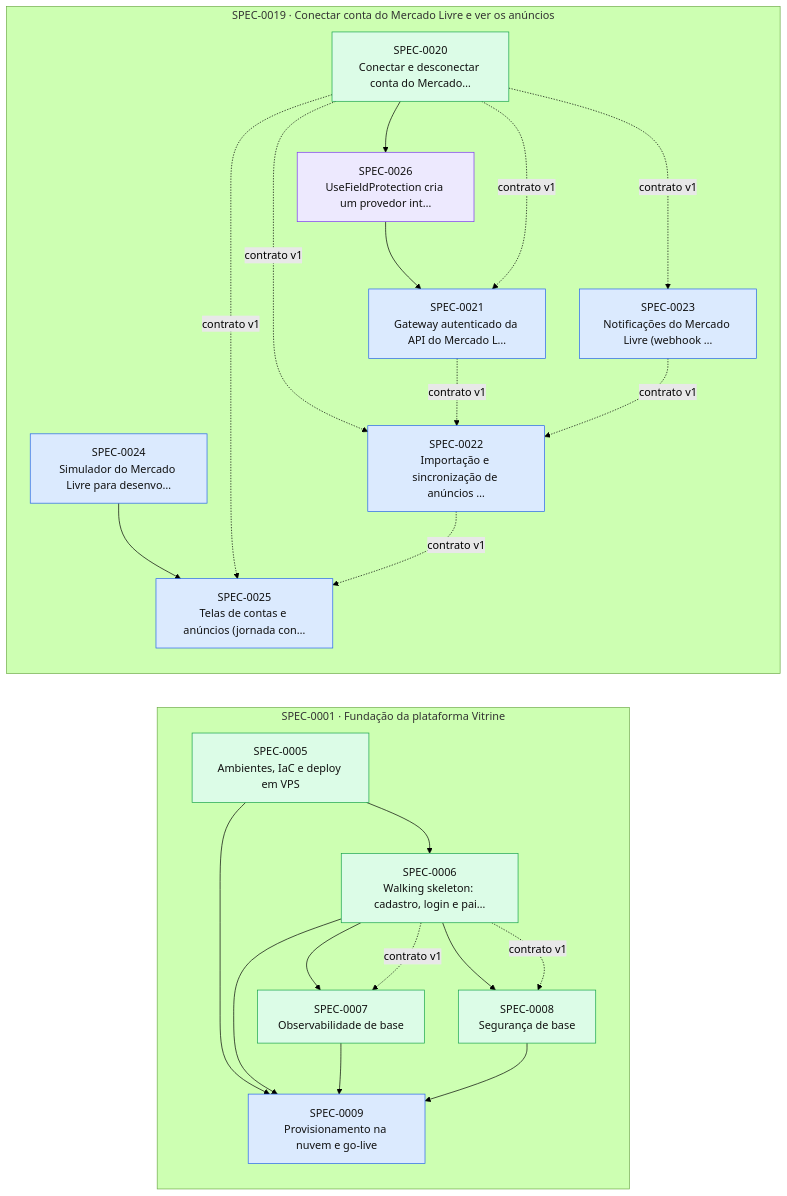
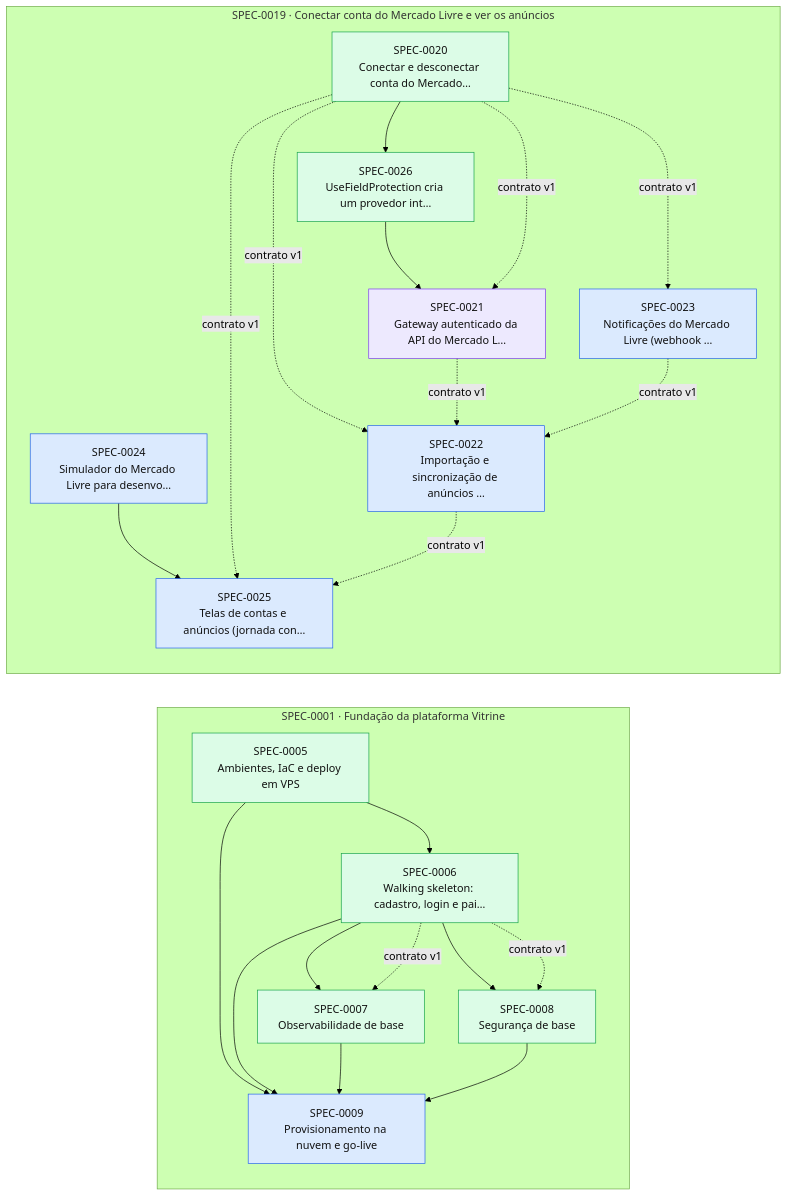
One commit to thomasravache/vitrine changed the diagram in docs/specs/INDEX.md. Above: the diagram before and after it, drawn with Mermaid (forest theme). The commit also changed other lines of this file and 2 other files, not shown here.

First line of the commit message:
docs(specs): SPEC-0026 implementada; despacha a SPEC-0021

````diff
--- a/docs/specs/INDEX.md
+++ b/docs/specs/INDEX.md
@@ -64,43 +63,43 @@
 ```mermaid
 flowchart LR
   subgraph E0001["SPEC-0001 · Fundação da plataforma Vitrine"]
     S0005["SPEC-0005<br/>Ambientes, IaC e deploy em VPS"]:::implemented
     S0006["SPEC-0006<br/>Walking skeleton: cadastro, login e pai…"]:::implemented
     S0007["SPEC-0007<br/>Observabilidade de base"]:::implemented
     S0008["SPEC-0008<br/>Segurança de base"]:::implemented
     S0009["SPEC-0009<br/>Provisionamento na nuvem e go-live"]:::approved
   end
   subgraph E0019["SPEC-0019 · Conectar conta do Mercado Livre e ver os anúncios"]
     S0020["SPEC-0020<br/>Conectar e desconectar conta do Mercado…"]:::implemented
-    S0021["SPEC-0021<br/>Gateway autenticado da API do Mercado L…"]:::approved
+    S0021["SPEC-0021<br/>Gateway autenticado da API do Mercado L…"]:::inprogress
     S0022["SPEC-0022<br/>Importação e sincronização de anúncios …"]:::approved
     S0023["SPEC-0023<br/>Notificações do Mercado Livre (webhook …"]:::approved
     S0024["SPEC-0024<br/>Simulador do Mercado Livre para desenvo…"]:::approved
     S0025["SPEC-0025<br/>Telas de contas e anúncios (jornada con…"]:::approved
-    S0026["SPEC-0026<br/>UseFieldProtection cria um provedor int…"]:::inprogress
+    S0026["SPEC-0026<br/>UseFieldProtection cria um provedor int…"]:::implemented
   end
   S0005 --> S0006
   S0006 --> S0007
   S0006 -. contrato v1 .-> S0007
   S0006 --> S0008
   S0006 -. contrato v1 .-> S0008
   S0005 --> S0009
   S0006 --> S0009
   S0007 --> S0009
   S0008 --> S0009
   S0026 --> S0021
   S0020 -. contrato v1 .-> S0021
   S0020 -. contrato v1 .-> S0022
   S0021 -. contrato v1 .-> S0022
   S0023 -. contrato v1 .-> S0022
   S0020 -. contrato v1 .-> S0023
   S0024 --> S0025
   S0020 -. contrato v1 .-> S0025
   S0022 -. contrato v1 .-> S0025
   S0020 --> S0026
   classDef proposed fill:#fef3c7,stroke:#d97706,color:#111
   classDef approved fill:#dbeafe,stroke:#2563eb,color:#111
   classDef inprogress fill:#ede9fe,stroke:#7c3aed,color:#111
   classDef implemented fill:#dcfce7,stroke:#16a34a,color:#111
   classDef deprecated fill:#f3f4f6,stroke:#9ca3af,color:#6b7280
 ```
````
